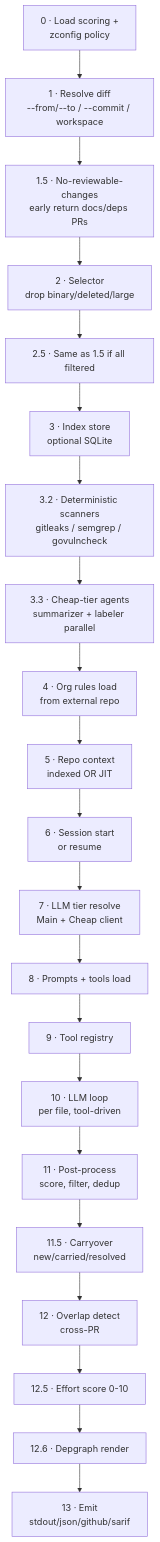
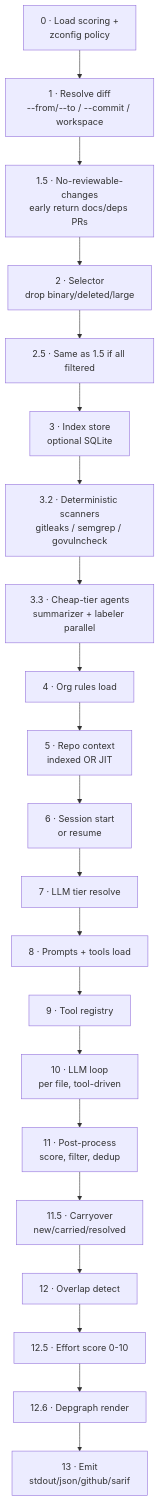
One commit to shubam-disseqt/shubam-ai-code-reviewer changed the second of 3 diagrams in README.md. Above: the diagram before and after it, drawn with Mermaid. The commit also changed other lines of this file, not shown here.

````diff
--- a/README.md
+++ b/README.md
@@ -188,26 +168,26 @@
 ```mermaid
 flowchart TD
     P0["0 · Load scoring +<br/>zconfig policy"]
     P1["1 · Resolve diff<br/>--from/--to / --commit / workspace"]
     P15["1.5 · No-reviewable-changes<br/>early return docs/deps PRs"]
     P2["2 · Selector<br/>drop binary/deleted/large"]
     P25["2.5 · Same as 1.5 if all filtered"]
     P3["3 · Index store<br/>optional SQLite"]
     P32["3.2 · Deterministic scanners<br/>gitleaks / semgrep / govulncheck"]
     P33["3.3 · Cheap-tier agents<br/>summarizer + labeler parallel"]
-    P4["4 · Org rules load<br/>from external repo"]
+    P4["4 · Org rules load"]
     P5["5 · Repo context<br/>indexed OR JIT"]
     P6["6 · Session start<br/>or resume"]
-    P7["7 · LLM tier resolve<br/>Main + Cheap client"]
+    P7["7 · LLM tier resolve"]
     P8["8 · Prompts + tools load"]
     P9["9 · Tool registry"]
     P10["10 · LLM loop<br/>per file, tool-driven"]
     P11["11 · Post-process<br/>score, filter, dedup"]
     P115["11.5 · Carryover<br/>new/carried/resolved"]
-    P12["12 · Overlap detect<br/>cross-PR"]
+    P12["12 · Overlap detect"]
     P125["12.5 · Effort score 0-10"]
     P126["12.6 · Depgraph render"]
     P13["13 · Emit<br/>stdout/json/github/sarif"]
 
     P0 --> P1 --> P15 --> P2 --> P25 --> P3 --> P32 --> P33 --> P4 --> P5 --> P6 --> P7 --> P8 --> P9 --> P10 --> P11 --> P115 --> P12 --> P125 --> P126 --> P13
 ```
````
